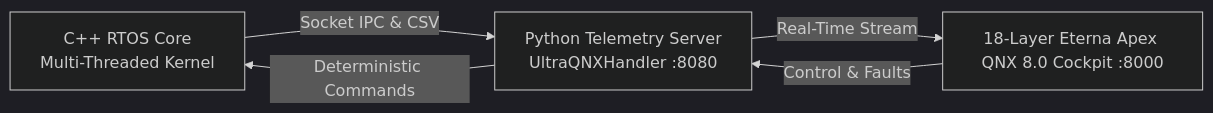
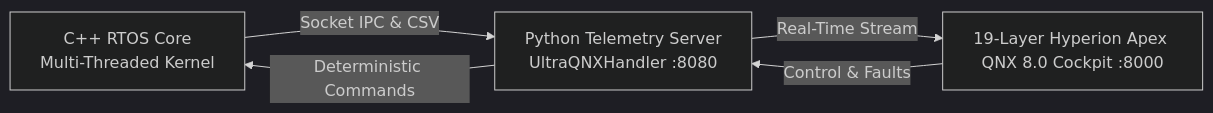
The diagram in README.md (shaikhabdul2015-max/qnx-hackathon-project), drawn with Mermaid (dark theme) before and after one commit. The commit also changed other lines of this file and 1 other file, not shown here.

Commit message:
Add Layer 19 Hyperion Apex: Amphibious Flood-Wade Mode and Self-Healing Graphene Armor

````diff
--- a/README.md
+++ b/README.md
@@ -9,7 +9,7 @@
 ```mermaid
 graph LR
     A[C++ RTOS Core<br/>Multi-Threaded Kernel] -->|Socket IPC & CSV| B[Python Telemetry Server<br/>UltraQNXHandler :8080]
-    B -->|Real-Time Stream| C[18-Layer Eterna Apex QNX 8.0 Cockpit :8000]
+    B -->|Real-Time Stream| C[19-Layer Hyperion Apex QNX 8.0 Cockpit :8000]
     C -->|Control & Faults| B
     B -->|Deterministic Commands| A
 ```
````
